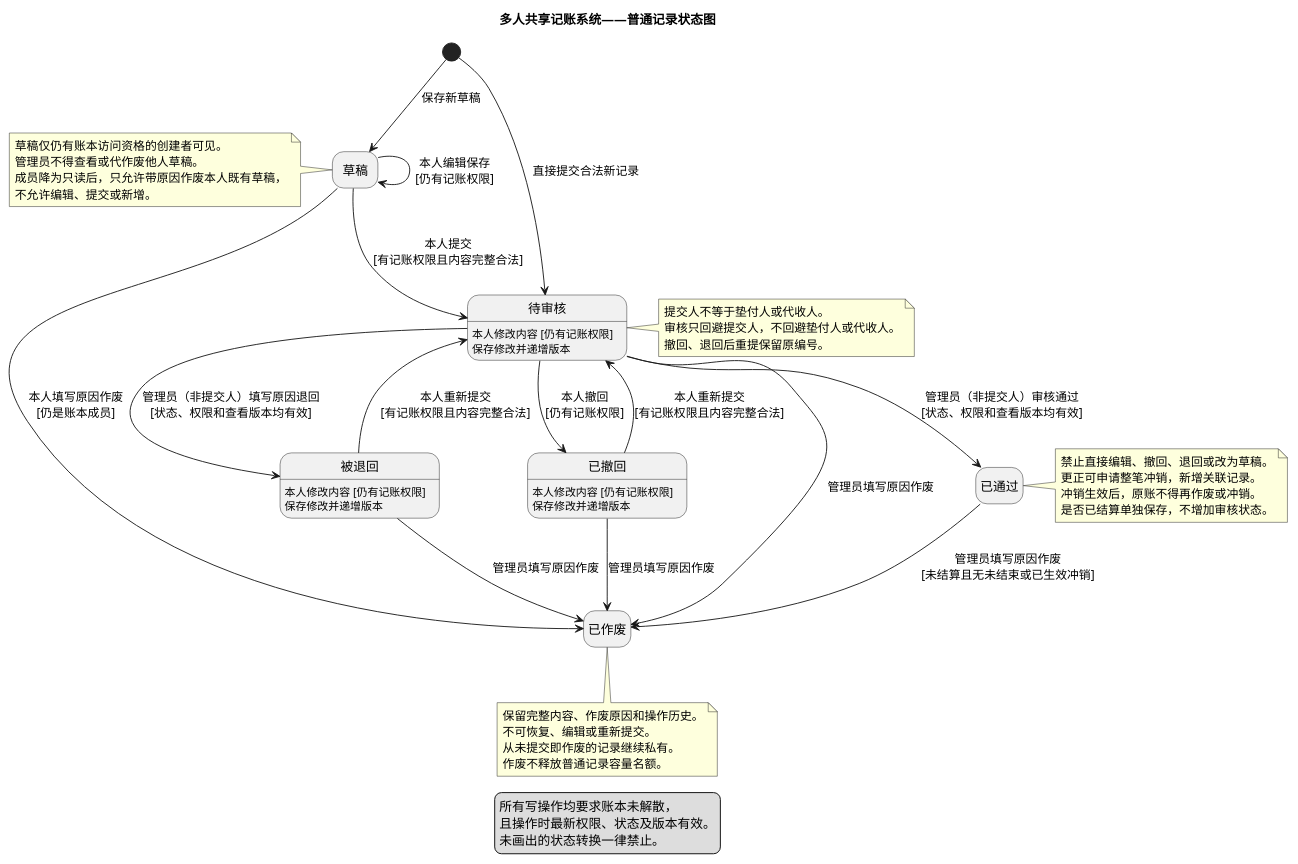
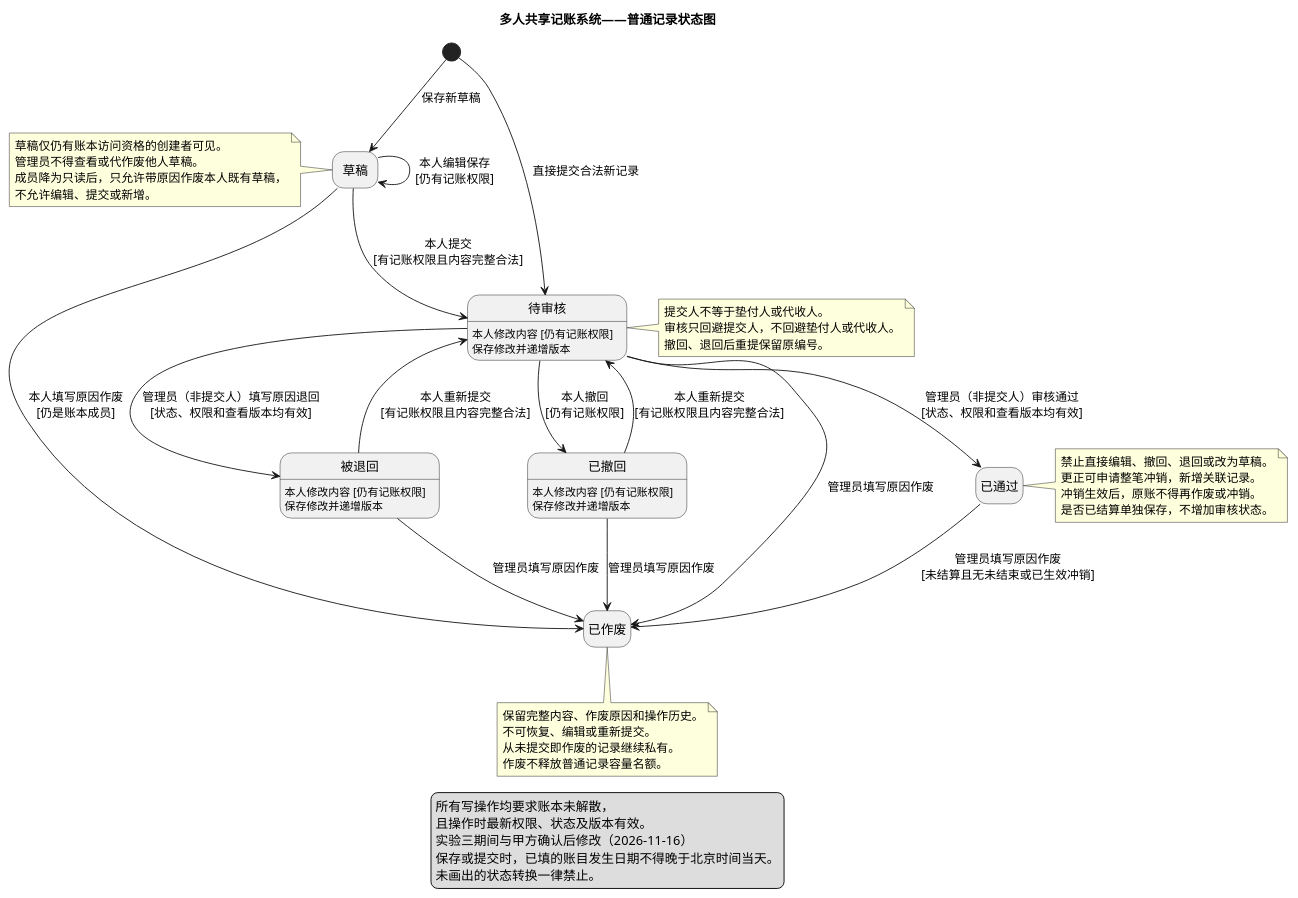
One commit to catherine0223/software-engineering-lab changed the diagram in 实验2/UML/UML状态图.puml. Above: the diagram before and after it, drawn with PlantUML. The commit also changed 8 other files, not shown here.

```diff
--- a/实验2/UML/UML状态图.puml
+++ b/实验2/UML/UML状态图.puml
@@ -1,71 +1,73 @@
 @startuml
 title 多人共享记账系统——普通记录状态图
 hide empty description
 
 state "草稿" as Draft
 state "待审核" as Pending
 state "已通过" as Approved
 state "被退回" as Rejected
 state "已撤回" as Withdrawn
 state "已作废" as Voided
 Pending : 本人修改内容 [仍有记账权限]
 Pending : 保存修改并递增版本
 Rejected : 本人修改内容 [仍有记账权限]
 Rejected : 保存修改并递增版本
 Withdrawn : 本人修改内容 [仍有记账权限]
 Withdrawn : 保存修改并递增版本
 
 [*] --> Draft : 保存新草稿
 [*] --> Pending : 直接提交合法新记录
 
 Draft --> Draft : 本人编辑保存\n[仍有记账权限]
 Draft --> Pending : 本人提交\n[有记账权限且内容完整合法]
 Draft --> Voided : 本人填写原因作废\n[仍是账本成员]
 
 
 Pending --> Approved : 管理员（非提交人）审核通过\n[状态、权限和查看版本均有效]
 Pending --> Rejected : 管理员（非提交人）填写原因退回\n[状态、权限和查看版本均有效]
 Pending --> Withdrawn : 本人撤回\n[仍有记账权限]
 Pending --> Voided : 管理员填写原因作废
 
 Rejected --> Pending : 本人重新提交\n[有记账权限且内容完整合法]
 Rejected --> Voided : 管理员填写原因作废
 
 Withdrawn --> Pending : 本人重新提交\n[有记账权限且内容完整合法]
 Withdrawn --> Voided : 管理员填写原因作废
 
 Approved --> Voided : 管理员填写原因作废\n[未结算且无未结束或已生效冲销]
 
 note left of Draft
   草稿仅仍有账本访问资格的创建者可见。
   管理员不得查看或代作废他人草稿。
   成员降为只读后，只允许带原因作废本人既有草稿，
   不允许编辑、提交或新增。
 end note
 
 note right of Pending
   提交人不等于垫付人或代收人。
   审核只回避提交人，不回避垫付人或代收人。
   撤回、退回后重提保留原编号。
 end note
 
 note right of Approved
   禁止直接编辑、撤回、退回或改为草稿。
   更正可申请整笔冲销，新增关联记录。
   冲销生效后，原账不得再作废或冲销。
   是否已结算单独保存，不增加审核状态。
 end note
 
 note bottom of Voided
   保留完整内容、作废原因和操作历史。
   不可恢复、编辑或重新提交。
   从未提交即作废的记录继续私有。
   作废不释放普通记录容量名额。
 end note
 
 legend bottom
   所有写操作均要求账本未解散，
   且操作时最新权限、状态及版本有效。
+  实验三期间与甲方确认后修改（2026-11-16）
+  保存或提交时，已填的账目发生日期不得晚于北京时间当天。
   未画出的状态转换一律禁止。
 endlegend
 @enduml
```
